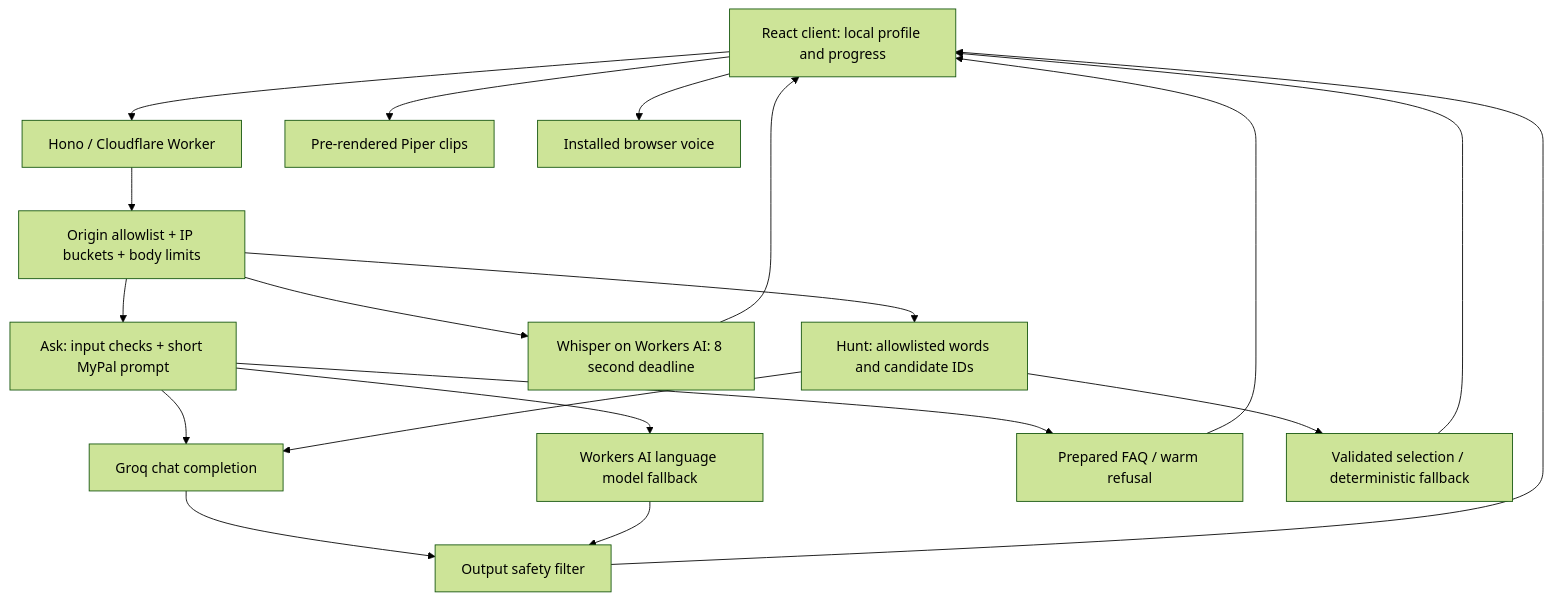
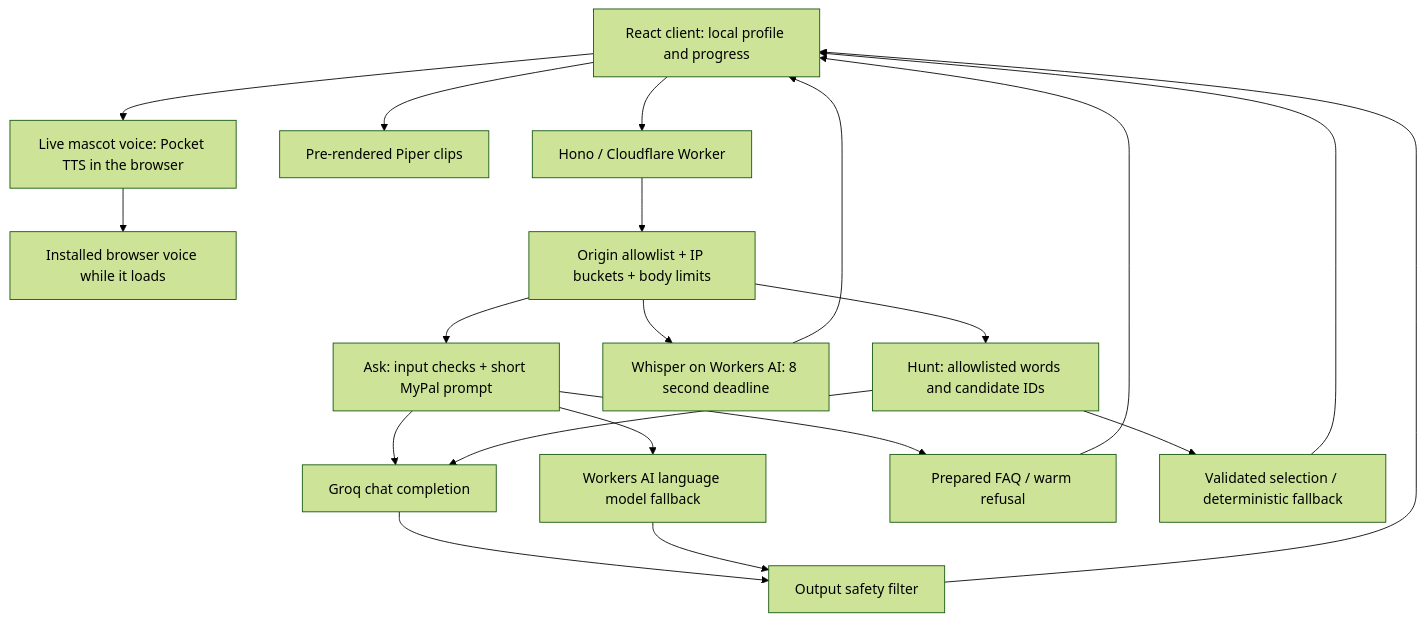
One commit to Tarlan2006/westcoded-business-cup changed the diagram in docs/ARCHITECTURE.md. Above: the diagram before and after it, drawn with Mermaid (forest theme). The commit also changed 12 other files, not shown here.

First line of the commit message:
Bring back the live mascot voice without squeaks

````diff
--- a/docs/ARCHITECTURE.md
+++ b/docs/ARCHITECTURE.md
@@ -3,21 +3,22 @@
 ```mermaid
 flowchart TD
  Client[React client: local profile and progress] --> Worker[Hono / Cloudflare Worker]
  Client --> Clips[Pre-rendered Piper clips]
- Client --> Speech[Installed browser voice]
+ Client --> Host[Live mascot voice: Pocket TTS in the browser]
+ Host --> Speech[Installed browser voice while it loads]
  Worker --> Guard[Origin allowlist + IP buckets + body limits]
  Guard --> Ask[Ask: input checks + short MyPal prompt]
  Ask --> Groq[Groq chat completion]
  Ask --> AI[Workers AI language model fallback]
  Groq --> Filter[Output safety filter]
  AI --> Filter
  Filter --> Client
  Ask --> FAQ[Prepared FAQ / warm refusal]
  FAQ --> Client
  Guard --> STT[Whisper on Workers AI: 8 second deadline]
  STT --> Client
  Guard --> Hunt[Hunt: allowlisted words and candidate IDs]
  Hunt --> Groq
  Hunt --> Local[Validated selection / deterministic fallback]
  Local --> Client
 ```
````
